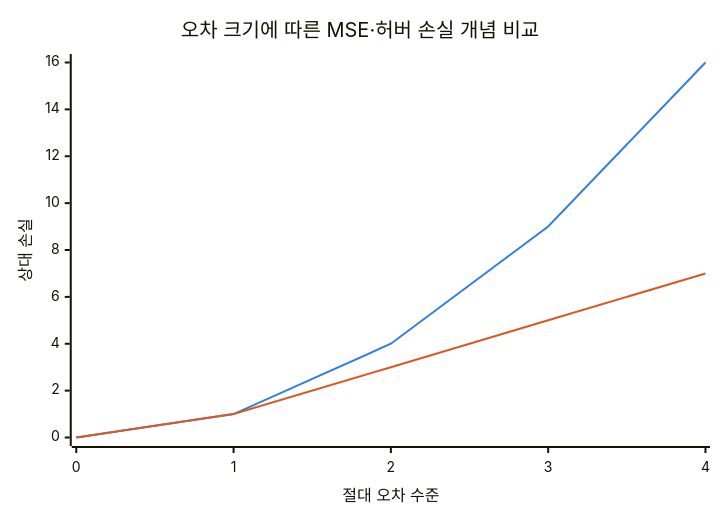
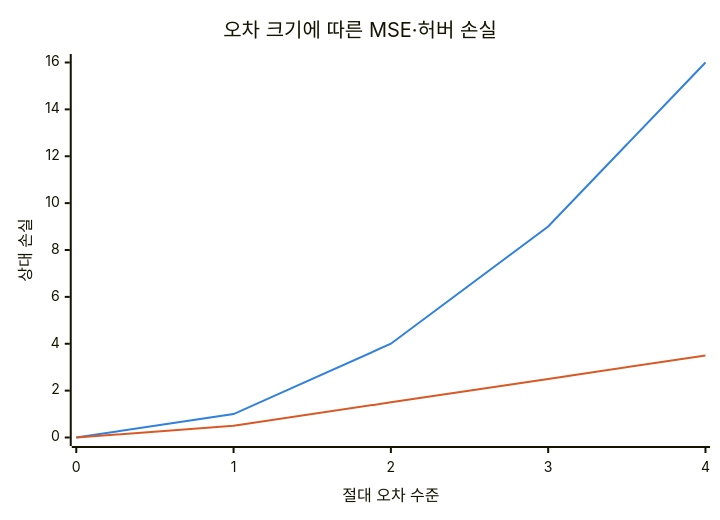
The first of 3 diagrams in src/content/docs/notes/01-basic-theory/042_loss_functions.md (agnusdei1207/knowledge-base), drawn with Mermaid before and after one commit. The commit also changed other lines of this file and 19 other files, not shown here.

````diff
--- a/src/content/docs/notes/01-basic-theory/042_loss_functions.md
+++ b/src/content/docs/notes/01-basic-theory/042_loss_functions.md
@@ -55,9 +58,9 @@
 ```mermaid
 %%{init: {"themeVariables": {"xyChart": {"plotColorPalette": "#3080dd, #d95926"}}} }%%
 xychart-beta
-    title "오차 크기에 따른 MSE·허버 손실 개념 비교"
+    title "오차 크기에 따른 MSE·허버 손실"
     x-axis "절대 오차 수준" [0, 1, 2, 3, 4]
     y-axis "상대 손실" 0 --> 16
     line [0, 1, 4, 9, 16]
-    line [0, 1, 3, 5, 7]
+    line [0, 0.5, 1.5, 2.5, 3.5]
 ```
````
